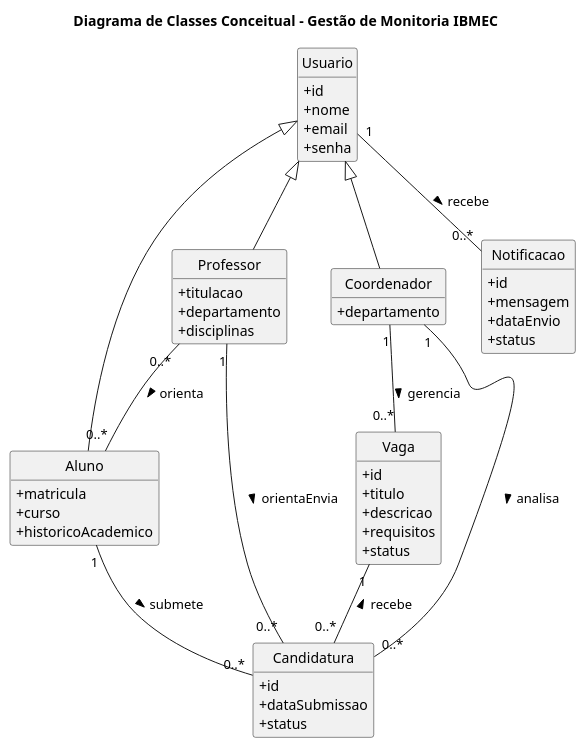
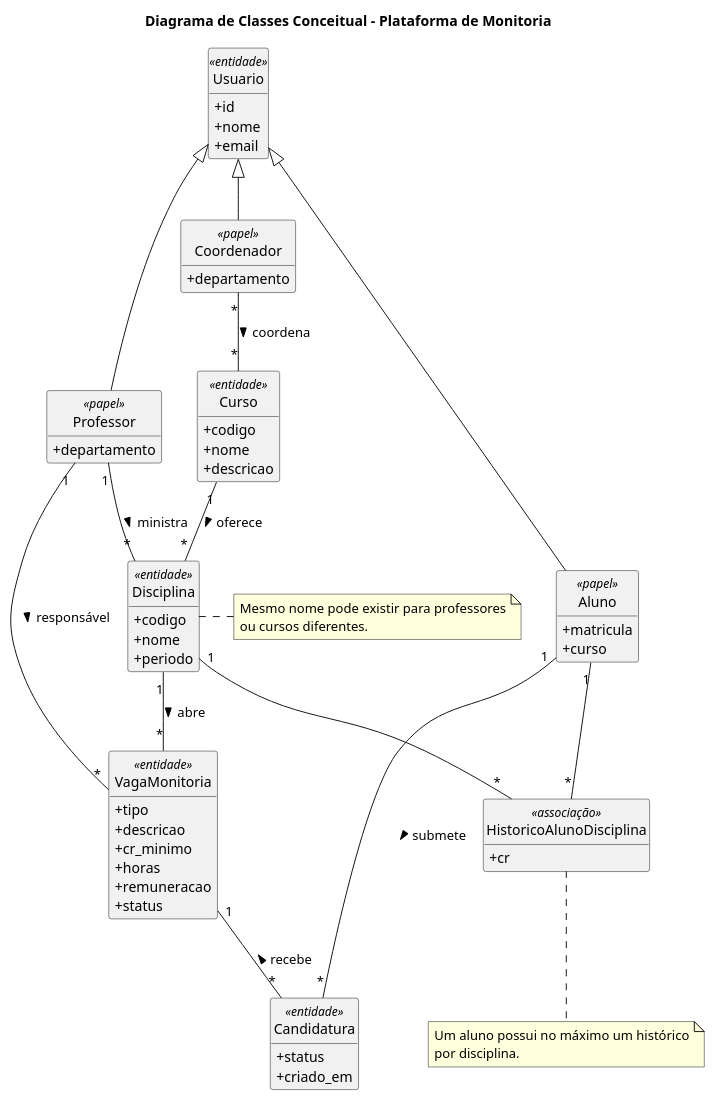
One commit to Projetos-de-Extensao/PBE_25.2_8001_III changed the diagram in site/Elaboracao/plantuml-project/diagrams/diagrama_classes_conceitual.puml. Above: the diagram before and after it, drawn with PlantUML. The commit also changed 67 other files, not shown here.

Commit message:
docs: adicionar SVGs do PlantUML e corrigir caminhos; adicionar README_MONITORIA com guia do backend; docs: MkDocs configurado e publicado; backend: ajustes finais e seed; admin: botão voltar no Django admin

```diff
--- a/site/Elaboracao/plantuml-project/diagrams/diagrama_classes_conceitual.puml
+++ b/site/Elaboracao/plantuml-project/diagrams/diagrama_classes_conceitual.puml
@@ -1,66 +1,88 @@
 @startuml
-' Definição de estilo
 skinparam classAttributeIconSize 0
 skinparam style strictuml
 hide empty members
 
-' Título do Diagrama
-title Diagrama de Classes Conceitual - Gestão de Monitoria IBMEC
+title Diagrama de Classes Conceitual - Plataforma de Monitoria
 
-' --- Classes ---
+' Foco em clareza do domínio, menos detalhes técnicos do Django
 
-class Usuario {
+class Usuario <<entidade>> {
   +id
   +nome
   +email
-  +senha
 }
 
-class Aluno extends Usuario {
+class Aluno <<papel>> {
   +matricula
   +curso
-  +historicoAcademico
 }
 
-class Coordenador extends Usuario {
+class Professor <<papel>> {
   +departamento
 }
 
-class Professor extends Usuario {
-  +titulacao
+class Coordenador <<papel>> {
   +departamento
-  +disciplinas
 }
 
-class Vaga {
-  +id
-  +titulo
+class Curso <<entidade>> {
+  +codigo
+  +nome
   +descricao
-  +requisitos
+}
+
+class Disciplina <<entidade>> {
+  +codigo
+  +nome
+  +periodo
+}
+
+class VagaMonitoria <<entidade>> {
+  +tipo
+  +descricao
+  +cr_minimo
+  +horas
+  +remuneracao
   +status
 }
 
-class Candidatura {
-  +id
-  +dataSubmissao
+class Candidatura <<entidade>> {
   +status
+  +criado_em
 }
 
-class Notificacao {
-  +id
-  +mensagem
-  +dataEnvio
-  +status
+class HistoricoAlunoDisciplina <<associação>> {
+  +cr
 }
 
-' --- Relacionamentos ---
+' Herança conceitual de papéis
+Usuario <|-- Aluno
+Usuario <|-- Professor
+Usuario <|-- Coordenador
 
-Coordenador "1" -- "0..*" Vaga : gerencia >
-Vaga "1" -- "0..*" Candidatura : recebe <
-Aluno "1" -- "0..*" Candidatura : submete >
-Coordenador "1" -- "0..*" Candidatura : analisa >
-Usuario "1" -- "0..*" Notificacao : recebe >
-Professor "0..*" -- "0..*" Aluno : orienta >
-Professor "1" -- "0..*" Candidatura : orientaEnvia >
+' Relacionamentos principais
+Curso "1" -- "*" Disciplina : oferece >
+Professor "1" -- "*" Disciplina : ministra >
+Coordenador "*" -- "*" Curso : coordena >
+
+Aluno "1" -- "*" Candidatura : submete >
+VagaMonitoria "1" -- "*" Candidatura : recebe <
+
+Disciplina "1" -- "*" VagaMonitoria : abre >
+Professor "1" -- "*" VagaMonitoria : responsável >
+
+Aluno "1" -- "*" HistoricoAlunoDisciplina
+Disciplina "1" -- "*" HistoricoAlunoDisciplina
+
+note right of Disciplina
+Mesmo nome pode existir para professores
+ou cursos diferentes.
+end note
+
+note bottom of HistoricoAlunoDisciplina
+Um aluno possui no máximo um histórico
+por disciplina.
+end note
 
 @enduml
```
